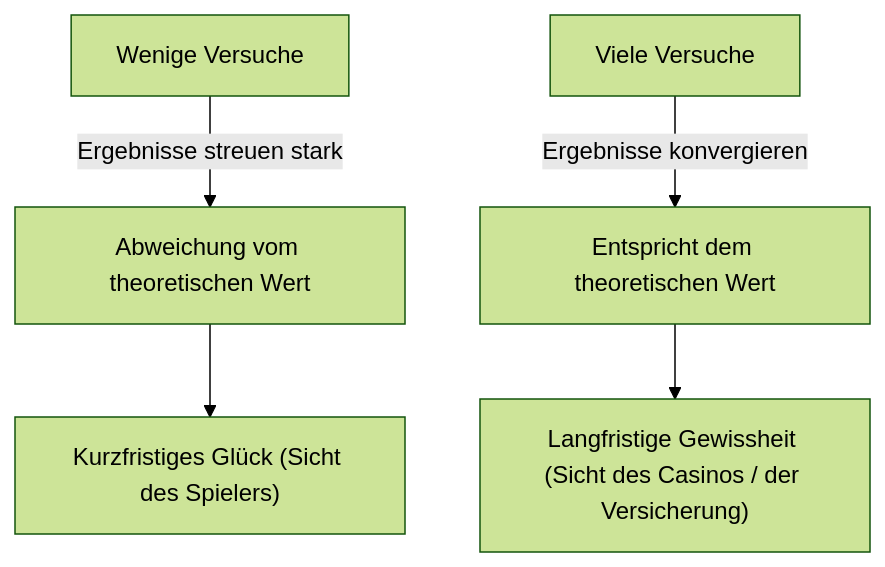
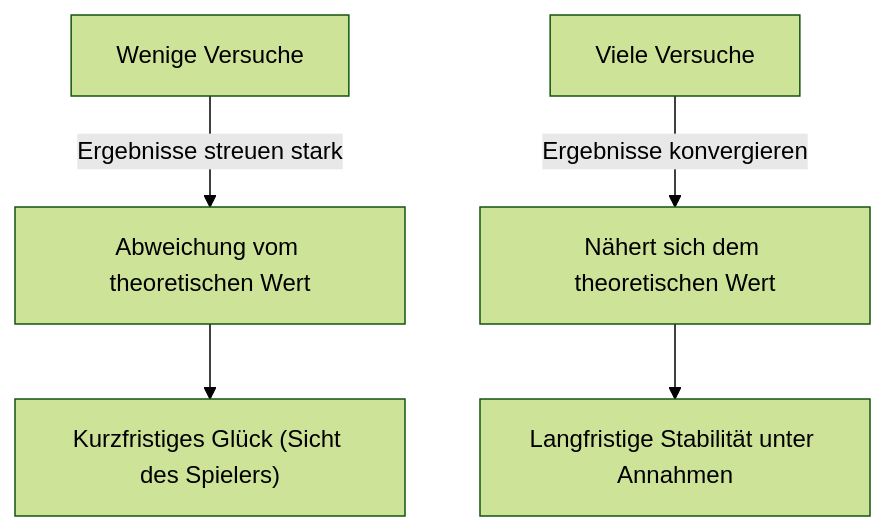
Before and after one commit to kenjinote/blog: the first of 2 diagrams in content/post/law-of-large-numbers/index.de.md, drawn with Mermaid (forest theme). The commit also changed other lines of this file and 7 other files, not shown here.

````diff
--- a/content/post/law-of-large-numbers/index.de.md
+++ b/content/post/law-of-large-numbers/index.de.md
@@ -30,7 +30,7 @@
 ```mermaid
 graph TD
     A["Wenige Versuche"] -->|"Ergebnisse streuen stark"| B["Abweichung vom theoretischen Wert"]
-    C["Viele Versuche"] -->|"Ergebnisse konvergieren"| D["Entspricht dem theoretischen Wert"]
+    C["Viele Versuche"] -->|"Ergebnisse konvergieren"| D["Nähert sich dem theoretischen Wert"]
     B --> E["Kurzfristiges Glück (Sicht des Spielers)"]
-    D --> F["Langfristige Gewissheit (Sicht des Casinos / der Versicherung)"]
+    D --> F["Langfristige Stabilität unter Annahmen"]
 ```
````
